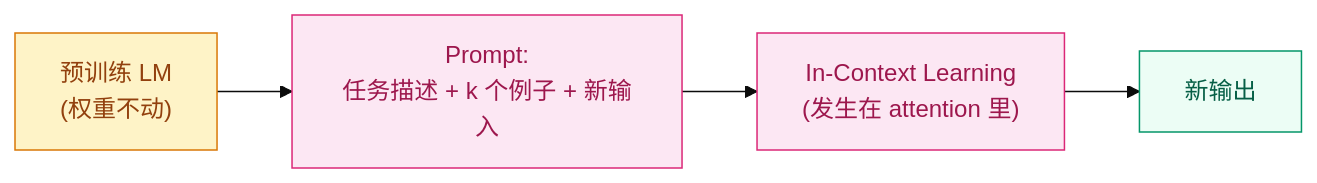
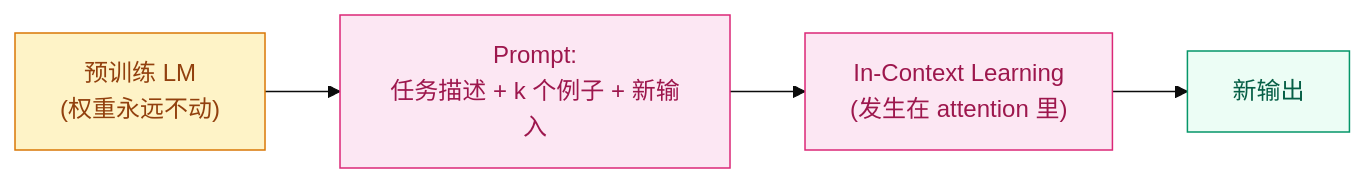
Before and after one commit to zkywsg/Daily-LLM: the diagram in 07-gpt-scaling/03-gpt3.md, drawn with Mermaid (base theme). The commit also changed other lines of this file and 2 other files, not shown here.

````diff
--- a/07-gpt-scaling/03-gpt3.md
+++ b/07-gpt-scaling/03-gpt3.md
@@ -46,9 +72,9 @@
 ```mermaid
 graph LR
-    pretrained["预训练 LM<br/>(权重不动)"]:::input --> prompt["Prompt:<br/>任务描述 + k 个例子 + 新输入"]:::compute
+    pretrained["预训练 LM<br/>(权重永远不动)"]:::input --> prompt["Prompt:<br/>任务描述 + k 个例子 + 新输入"]:::compute
     prompt --> ctx["In-Context Learning<br/>(发生在 attention 里)"]:::compute --> out["新输出"]:::output
 
     classDef input fill:#fef3c7,stroke:#d97706,color:#92400e;
     classDef compute fill:#fce7f3,stroke:#db2777,color:#9d174d;
     classDef output fill:#ecfdf5,stroke:#059669,color:#065f46;
 ```
````
